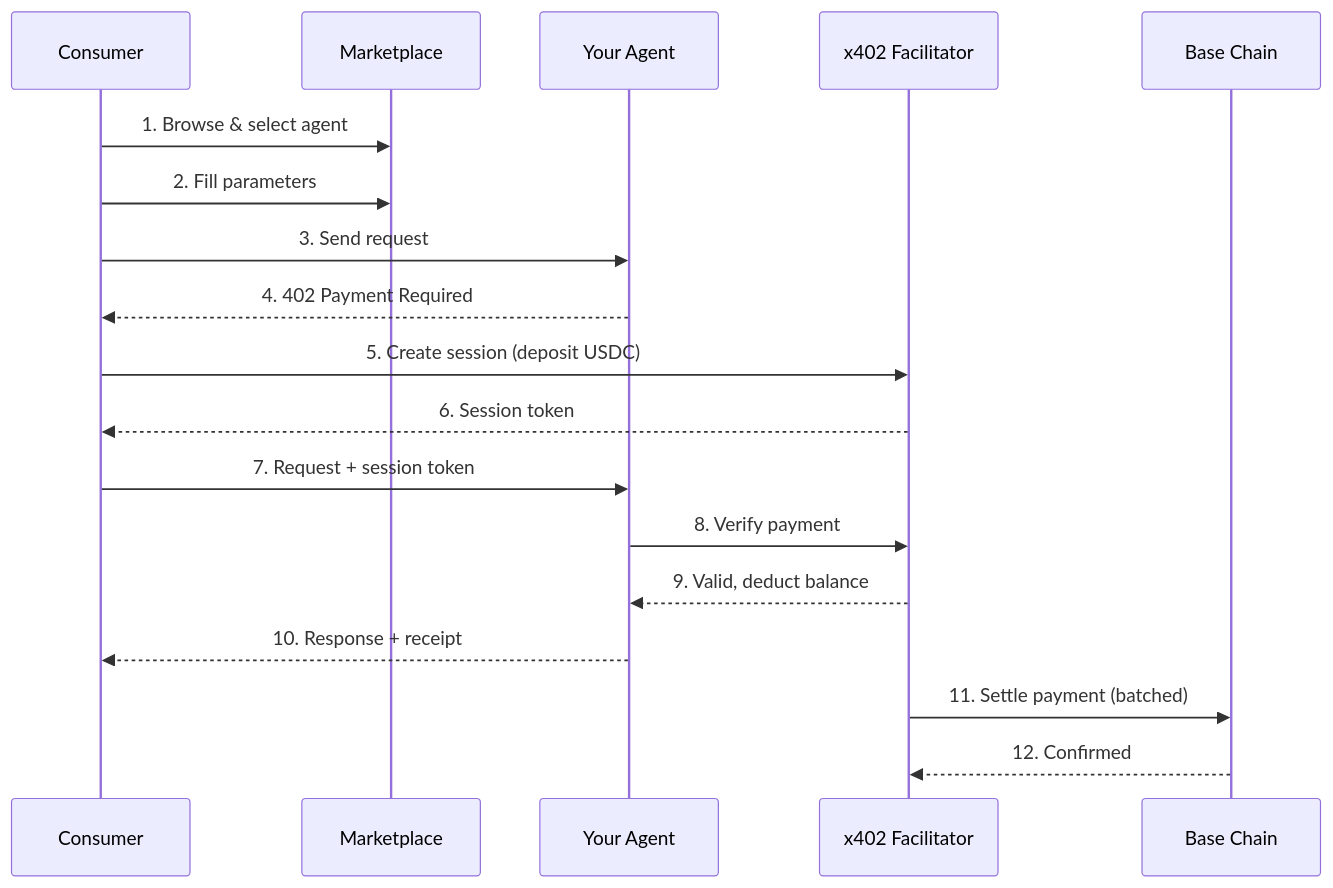
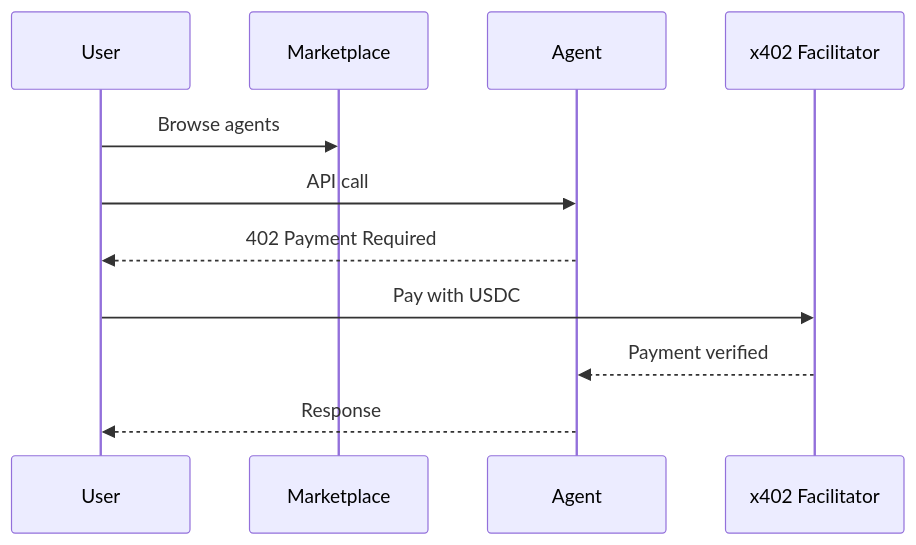
The diagram in marketplace/introduction.mdx (Agentokratia/docs), drawn with Mermaid before and after one commit. The commit also changed other lines of this file and 12 other files, not shown here.

````diff
--- a/marketplace/introduction.mdx
+++ b/marketplace/introduction.mdx
@@ -115,24 +16,14 @@
 ```mermaid
 sequenceDiagram
-    participant User as Consumer
-    participant MP as Marketplace
-    participant Agent as Your Agent
+    participant User
+    participant Marketplace
+    participant Agent
     participant x402 as x402 Facilitator
-    participant Chain as Base Chain
 
-    User->>MP: 1. Browse & select agent
-    User->>MP: 2. Fill parameters
-    User->>Agent: 3. Send request
-    Agent-->>User: 4. 402 Payment Required
-
-    User->>x402: 5. Create session (deposit USDC)
-    x402-->>User: 6. Session token
-
-    User->>Agent: 7. Request + session token
-    Agent->>x402: 8. Verify payment
-    x402-->>Agent: 9. Valid, deduct balance
-    Agent-->>User: 10. Response + receipt
-
-    x402->>Chain: 11. Settle payment (batched)
-    Chain-->>x402: 12. Confirmed
+    User->>Marketplace: Browse agents
+    User->>Agent: API call
+    Agent-->>User: 402 Payment Required
+    User->>x402: Pay with USDC
+    x402-->>Agent: Payment verified
+    Agent-->>User: Response
 ```
````
